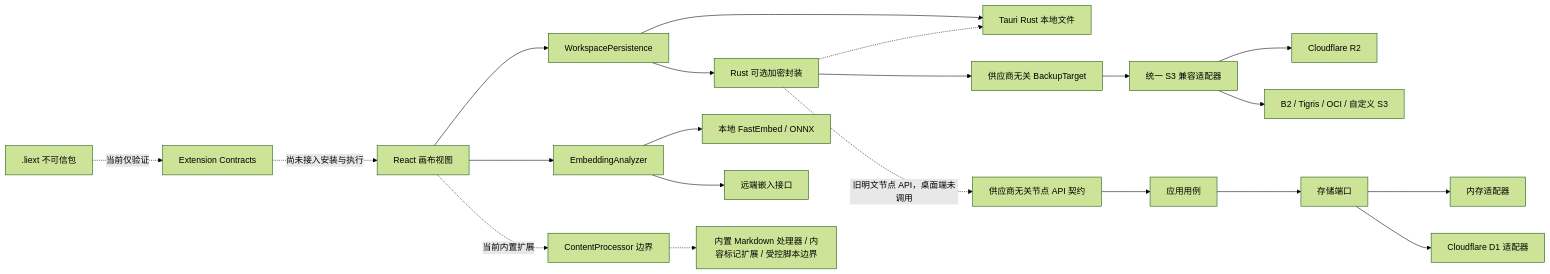
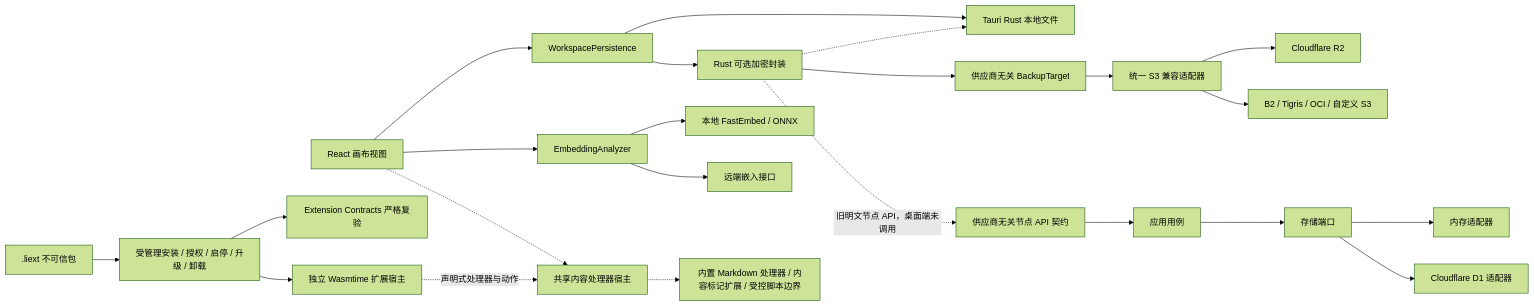
Before and after one commit to 3fteye/linked-info: the diagram in DEVELOPMENT.md, drawn with Mermaid (forest theme). The commit also changed other lines of this file and 46 other files, not shown here.

````diff
--- a/DEVELOPMENT.md
+++ b/DEVELOPMENT.md
@@ -36,23 +36,25 @@
 ```mermaid
 flowchart LR
     UI["React 画布视图"] --> WP["WorkspacePersistence"]
     WP --> TF["Tauri Rust 本地文件"]
     WP --> ENC["Rust 可选加密封装"]
     ENC -.-> TF
     UI --> EA["EmbeddingAnalyzer"]
     EA --> LE["本地 FastEmbed / ONNX"]
     EA --> RE["远端嵌入接口"]
-    UI -. "当前内置扩展" .-> CP["ContentProcessor 边界"]
+    UI -.-> CP["共享内容处理器宿主"]
     CP -.-> BUILTIN["内置 Markdown 处理器 / 内容标记扩展 / 受控脚本边界"]
-    EXT[".liext 不可信包"] -. "当前仅验证" .-> EC["Extension Contracts"]
-    EC -. "尚未接入安装与执行" .-> UI
+    EXT[".liext 不可信包"] --> EM["受管理安装 / 授权 / 启停 / 升级 / 卸载"]
+    EM --> EC["Extension Contracts 严格复验"]
+    EM --> EH["独立 Wasmtime 扩展宿主"]
+    EH -. "声明式处理器与动作" .-> CP
     ENC --> BT["供应商无关 BackupTarget"]
     BT --> S3["统一 S3 兼容适配器"]
     S3 --> R2["Cloudflare R2"]
     S3 --> OTHER["B2 / Tigris / OCI / 自定义 S3"]
     ENC -. "旧明文节点 API，桌面端未调用" .-> API["供应商无关节点 API 契约"]
     API --> APP["应用用例"]
     APP --> PORT["存储端口"]
     PORT --> MEM["内存适配器"]
     PORT --> D1["Cloudflare D1 适配器"]
 ```
````
